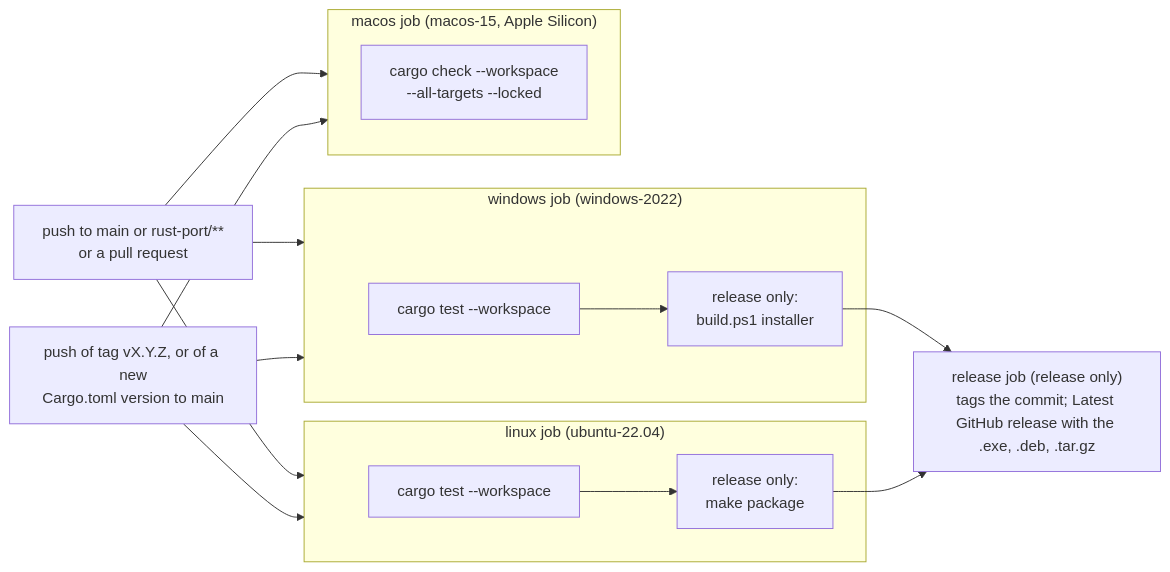
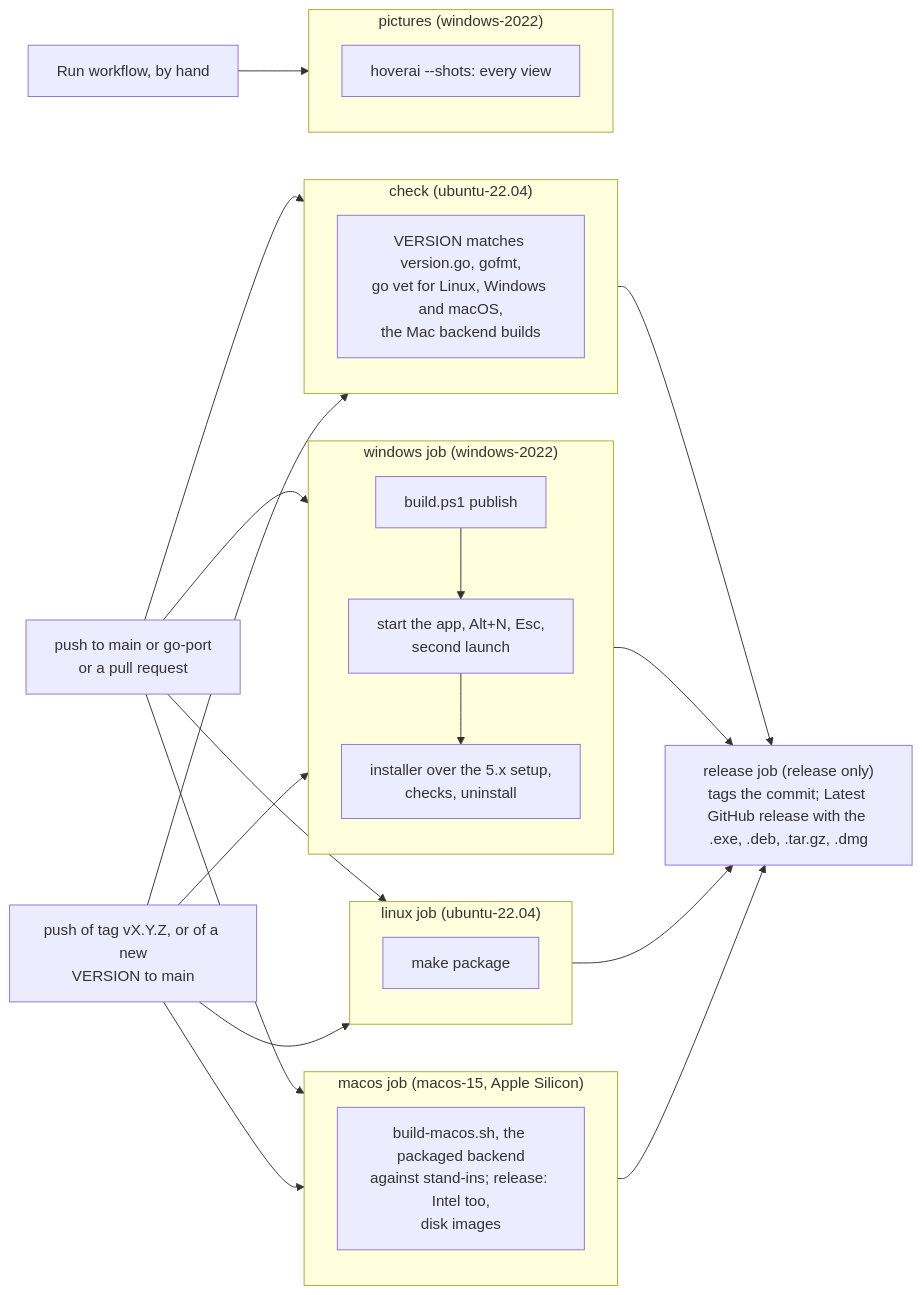
Before and after one commit to 4regab/Hover: the fourth of 5 diagrams in docs/development/architecture.md, drawn with Mermaid. The commit also changed other lines of this file and 757 other files, not shown here.

First line of the commit message:
Go is the only code: remove Rust, move Go to the repo root (#52)

````diff
--- a/docs/development/architecture.md
+++ b/docs/development/architecture.md
@@ -140,21 +161,29 @@
 ```mermaid
 flowchart LR
-    push["push to main or rust-port/**<br/>or a pull request"] --> wj & lj & mj
-    tag["push of tag vX.Y.Z, or of a new<br/>Cargo.toml version to main"] --> wj & lj & mj
+    push["push to main or go-port<br/>or a pull request"] --> cj & wj & lj & mj
+    tag["push of tag vX.Y.Z, or of a new<br/>VERSION to main"] --> cj & wj & lj & mj
+    hand["Run workflow, by hand"] --> pj
+
+    subgraph cj["check (ubuntu-22.04)"]
+        c1["VERSION matches version.go, gofmt,<br/>go vet for Linux, Windows and macOS,<br/>the Mac backend builds"]
+    end
 
     subgraph wj["windows job (windows-2022)"]
-        wt["cargo test --workspace"] --> wi["release only:<br/>build.ps1 installer"]
+        wb["build.ps1 publish"] --> wd["start the app, Alt+N, Esc,<br/>second launch"] --> wi["installer over the 5.x setup,<br/>checks, uninstall"]
     end
 
     subgraph lj["linux job (ubuntu-22.04)"]
-        lt["cargo test --workspace"] --> lp["release only:<br/>make package"]
+        lp["make package"]
     end
 
     subgraph mj["macos job (macos-15, Apple Silicon)"]
-        mc["cargo check --workspace<br/>--all-targets --locked"]
+        mc["build-macos.sh, the packaged backend<br/>against stand-ins; release: Intel too,<br/>disk images"]
     end
 
-    wi --> rel
-    lp --> rel
-    rel["release job (release only)<br/>tags the commit; Latest GitHub release with the .exe, .deb, .tar.gz"]
+    subgraph pj["pictures (windows-2022)"]
+        pp["hoverai --shots: every view"]
+    end
+
+    cj & wj & lj & mj --> rel
+    rel["release job (release only)<br/>tags the commit; Latest GitHub release with the .exe, .deb, .tar.gz, .dmg"]
 ```
````
